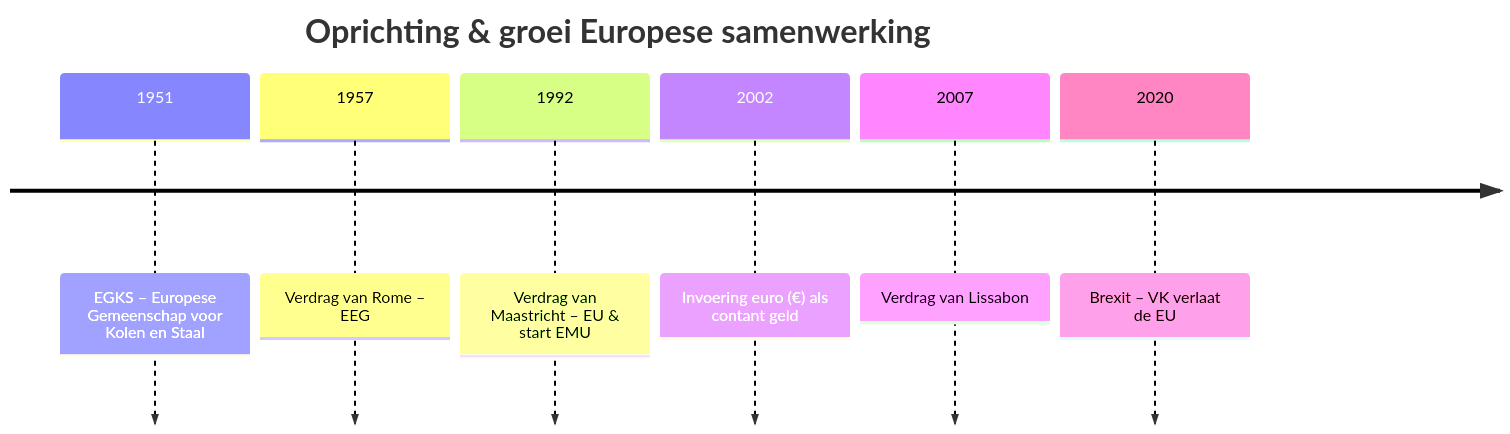
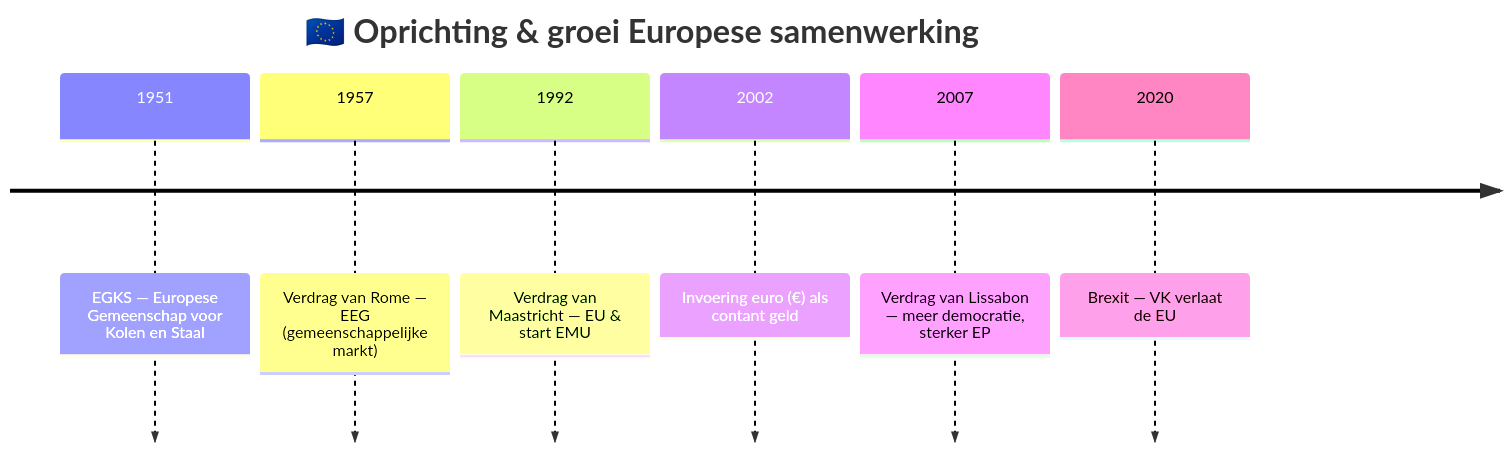
One commit to ateknol/HAVO-Economie-examen changed diagram 11 of 23 in Volledige_Samenvatting_H1_H2.md. Above: the diagram before and after it, drawn with Mermaid. The commit also changed other lines of this file and 3 other files, not shown here.

````diff
--- a/Volledige_Samenvatting_H1_H2.md
+++ b/Volledige_Samenvatting_H1_H2.md
@@ -571,10 +769,10 @@
 ```mermaid
 timeline
-    title Oprichting & groei Europese samenwerking
-    1951 : EGKS – Europese Gemeenschap voor Kolen en Staal
-    1957 : Verdrag van Rome – EEG
-    1992 : Verdrag van Maastricht – EU & start EMU
+    title 🇪🇺 Oprichting & groei Europese samenwerking
+    1951 : EGKS — Europese Gemeenschap voor Kolen en Staal
+    1957 : Verdrag van Rome — EEG (gemeenschappelijke markt)
+    1992 : Verdrag van Maastricht — EU & start EMU
     2002 : Invoering euro (€) als contant geld
-    2007 : Verdrag van Lissabon
-    2020 : Brexit – VK verlaat de EU
+    2007 : Verdrag van Lissabon — meer democratie, sterker EP
+    2020 : Brexit — VK verlaat de EU
 ```
````
